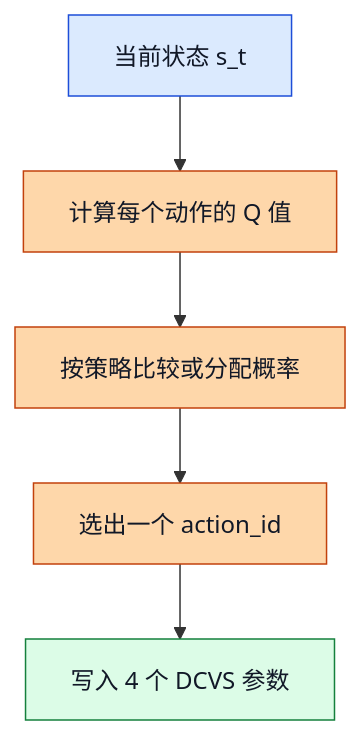
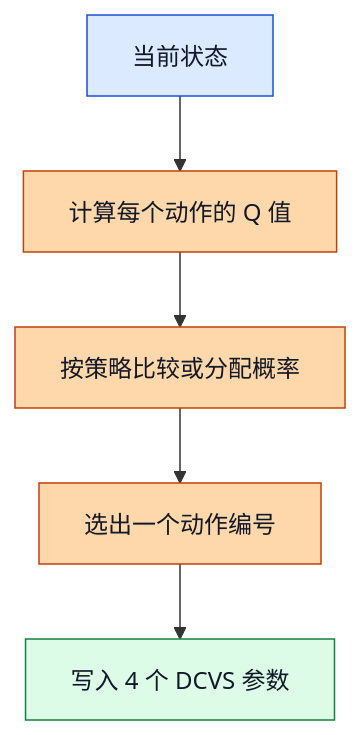
The seventh of 9 diagrams in learn/02_RL_Core_Concepts.md (Mrphase/RL-Doc), drawn with Mermaid before and after one commit. The commit also changed other lines of this file and 14 other files, not shown here.

First line of the commit message:
fix: clean mermaid labels in learn docs

````diff
--- a/learn/02_RL_Core_Concepts.md
+++ b/learn/02_RL_Core_Concepts.md
@@ -1052,15 +1052,15 @@
 ```mermaid
 flowchart TD
-    I[当前状态 s_t] --> P1[计算每个动作的 Q 值]
+    I[当前状态] --> P1[计算每个动作的 Q 值]
     P1 --> P2[按策略比较或分配概率]
-    P2 --> P3[选出一个 action_id]
+    P2 --> P3[选出一个动作编号]
     P3 --> O[写入 4 个 DCVS 参数]
 
     classDef input fill:#dbeafe,stroke:#1d4ed8,color:#111827;
     classDef process fill:#fed7aa,stroke:#c2410c,color:#111827;
     classDef output fill:#dcfce7,stroke:#15803d,color:#111827;
 
     class I input;
     class P1,P2,P3 process;
     class O output;
 ```
````
